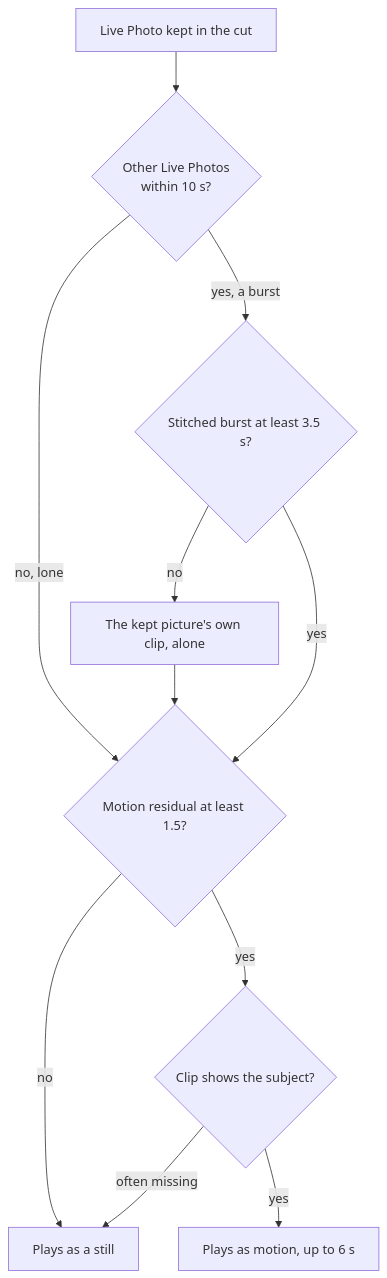
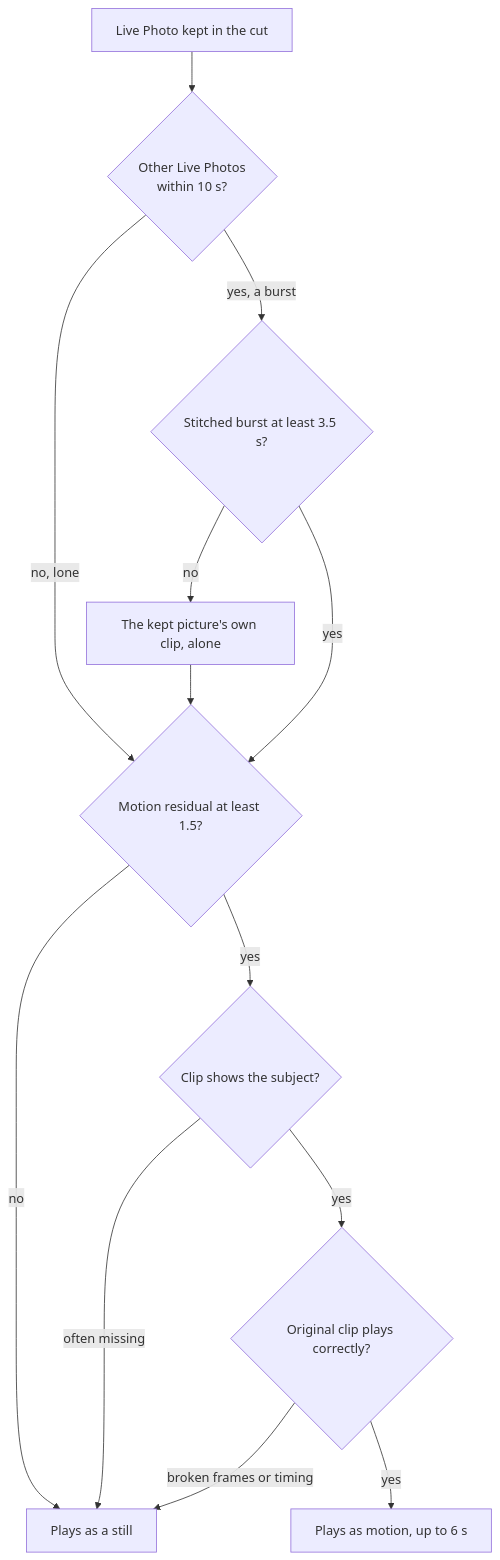
One commit to sam-dumont/immich-memories changed the diagram in docs-site/docs/reference/media-processing.md. Above: the diagram before and after it, drawn with Mermaid. The commit also changed other lines of this file and 151 other files, not shown here.

````diff
--- a/docs-site/docs/reference/media-processing.md
+++ b/docs-site/docs/reference/media-processing.md
@@ -93,12 +93,14 @@
 ```mermaid
 flowchart TD
   L[Live Photo kept in the cut] --> B{Other Live Photos<br/>within 10 s?}
   B -- no, lone --> R
   B -- yes, a burst --> J{Stitched burst at least 3.5 s?}
   J -- no --> O[The kept picture's own clip, alone] --> R
   J -- yes --> R{Motion residual at least 1.5?}
   R -- no --> S[Plays as a still]
   R -- yes --> F{Clip shows the subject?}
   F -- often missing --> S
-  F -- yes --> M[Plays as motion, up to 6 s]
+  F -- yes --> P{Original clip plays correctly?}
+  P -- broken frames or timing --> S
+  P -- yes --> M[Plays as motion, up to 6 s]
 ```
````
